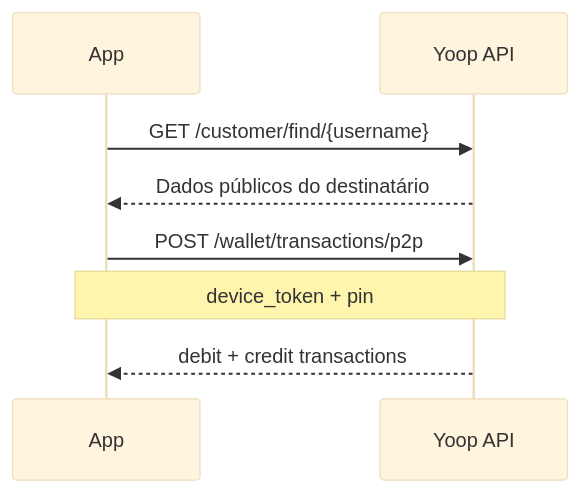
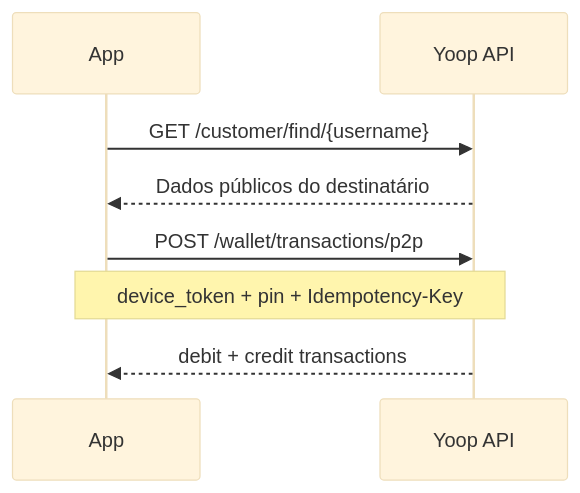
One commit to solonline/mysologo.com changed the diagram in docs/guides/p2p-transfer.md. Above: the diagram before and after it, drawn with Mermaid (base theme). The commit also changed other lines of this file and 96 other files, not shown here.

````diff
--- a/docs/guides/p2p-transfer.md
+++ b/docs/guides/p2p-transfer.md
@@ -15,11 +18,11 @@
 ```mermaid
 sequenceDiagram
     participant App
     participant API as Yoop API
 
     App->>API: GET /customer/find/{username}
     API-->>App: Dados públicos do destinatário
     App->>API: POST /wallet/transactions/p2p
-    Note over App,API: device_token + pin
+    Note over App,API: device_token + pin + Idempotency-Key
     API-->>App: debit + credit transactions
 ```
````
